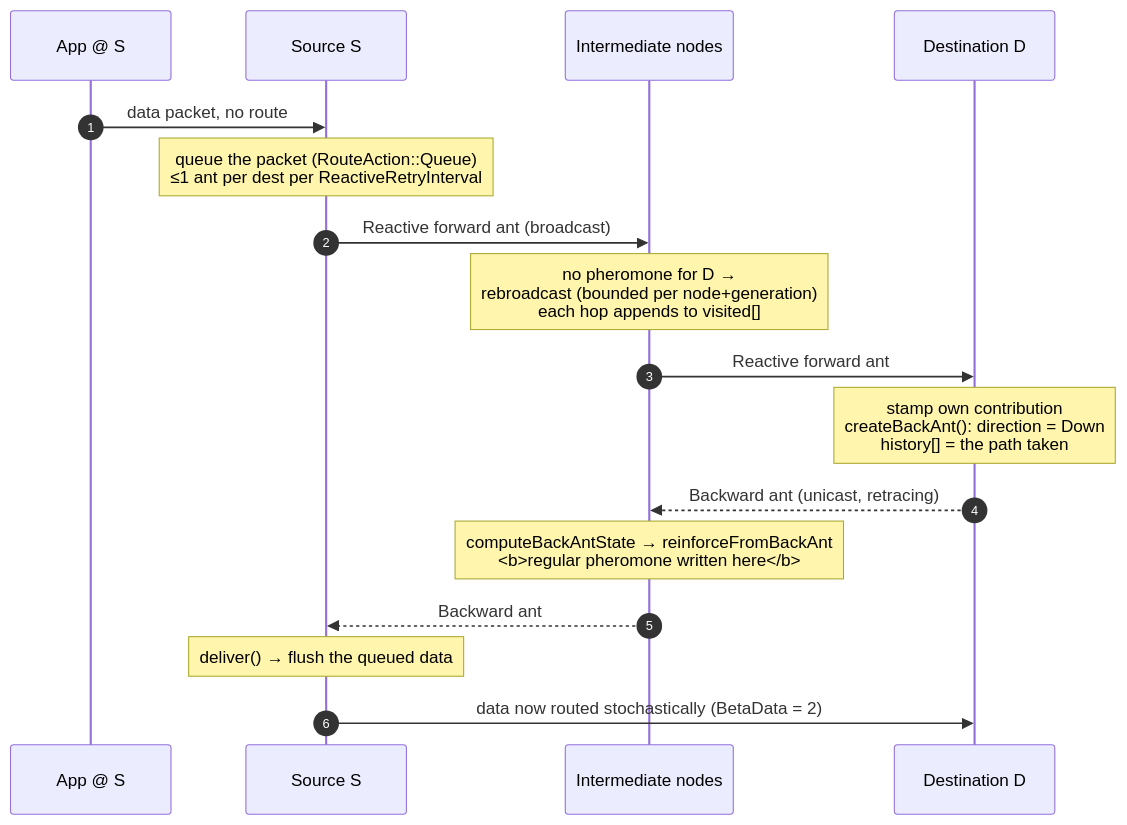
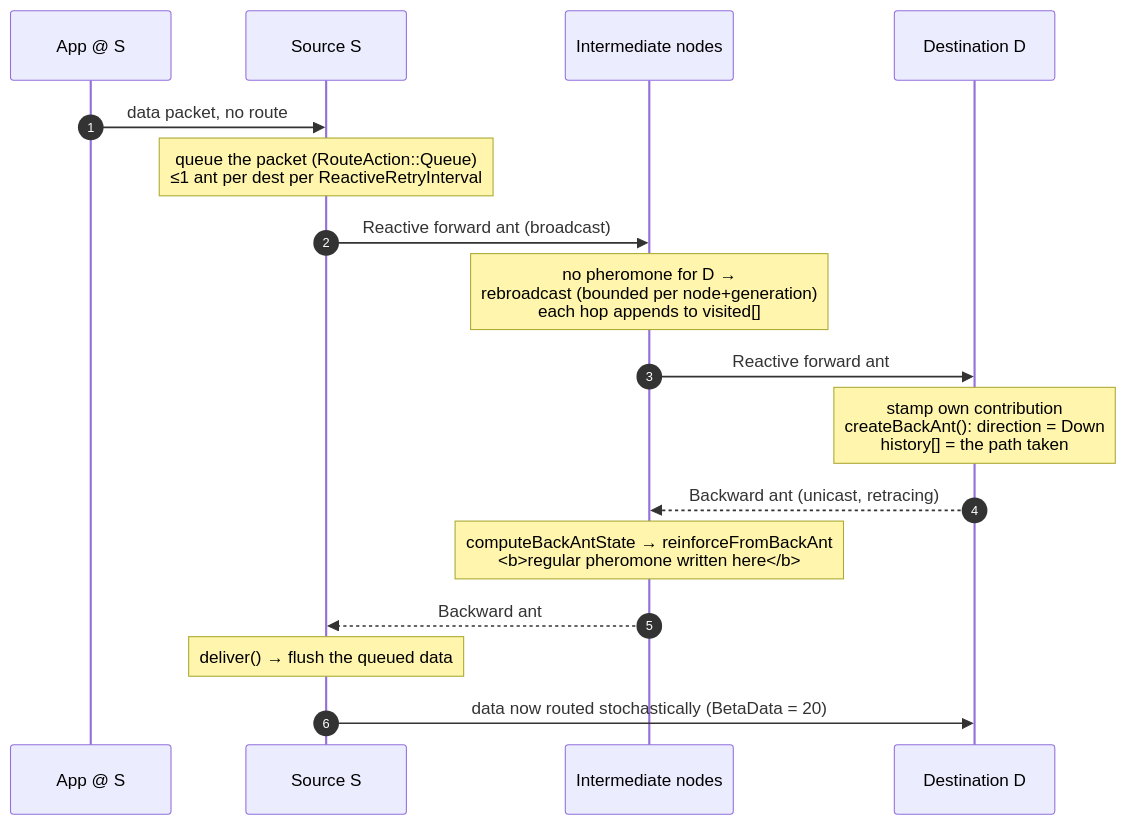
Before and after one commit to danieljoppi/AntHocNet: the second of 5 diagrams in docs/ant-types.md, drawn with Mermaid. The commit also changed 12 other files, not shown here.

First line of the commit message:
feat(core): adopt the thesis's pheromone exponents, betaAnts = betaData = 20

````diff
--- a/docs/ant-types.md
+++ b/docs/ant-types.md
@@ -83,20 +83,20 @@
 ```mermaid
 sequenceDiagram
     autonumber
     participant App as App @ S
     participant S as Source S
     participant I as Intermediate nodes
     participant D as Destination D
 
     App->>S: data packet, no route
     Note over S: queue the packet (RouteAction::Queue)<br/>≤1 ant per dest per ReactiveRetryInterval
     S->>I: Reactive forward ant (broadcast)
     Note over I: no pheromone for D →<br/>rebroadcast (bounded per node+generation)<br/>each hop appends to visited[]
     I->>D: Reactive forward ant
     Note over D: stamp own contribution<br/>createBackAnt(): direction = Down<br/>history[] = the path taken
     D-->>I: Backward ant (unicast, retracing)
     Note over I: computeBackAntState → reinforceFromBackAnt<br/><b>regular pheromone written here</b>
     I-->>S: Backward ant
     Note over S: deliver() → flush the queued data
-    S->>D: data now routed stochastically (BetaData = 2)
+    S->>D: data now routed stochastically (BetaData = 20)
 ```
````
